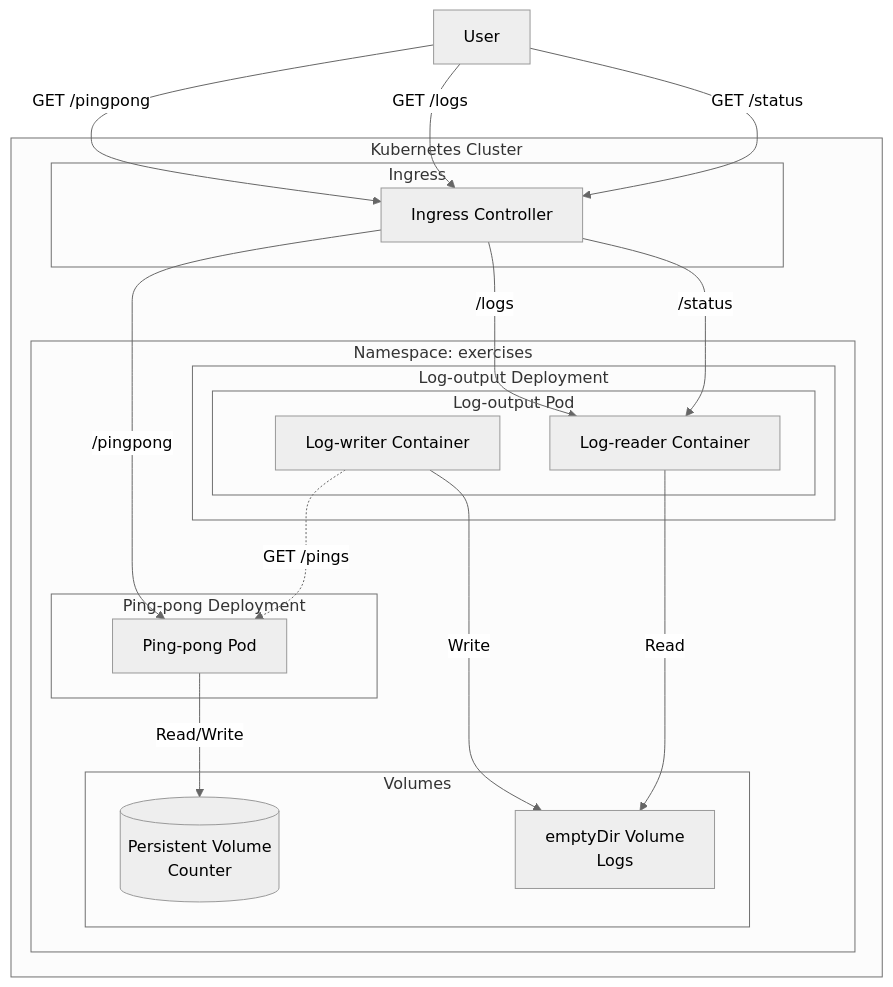
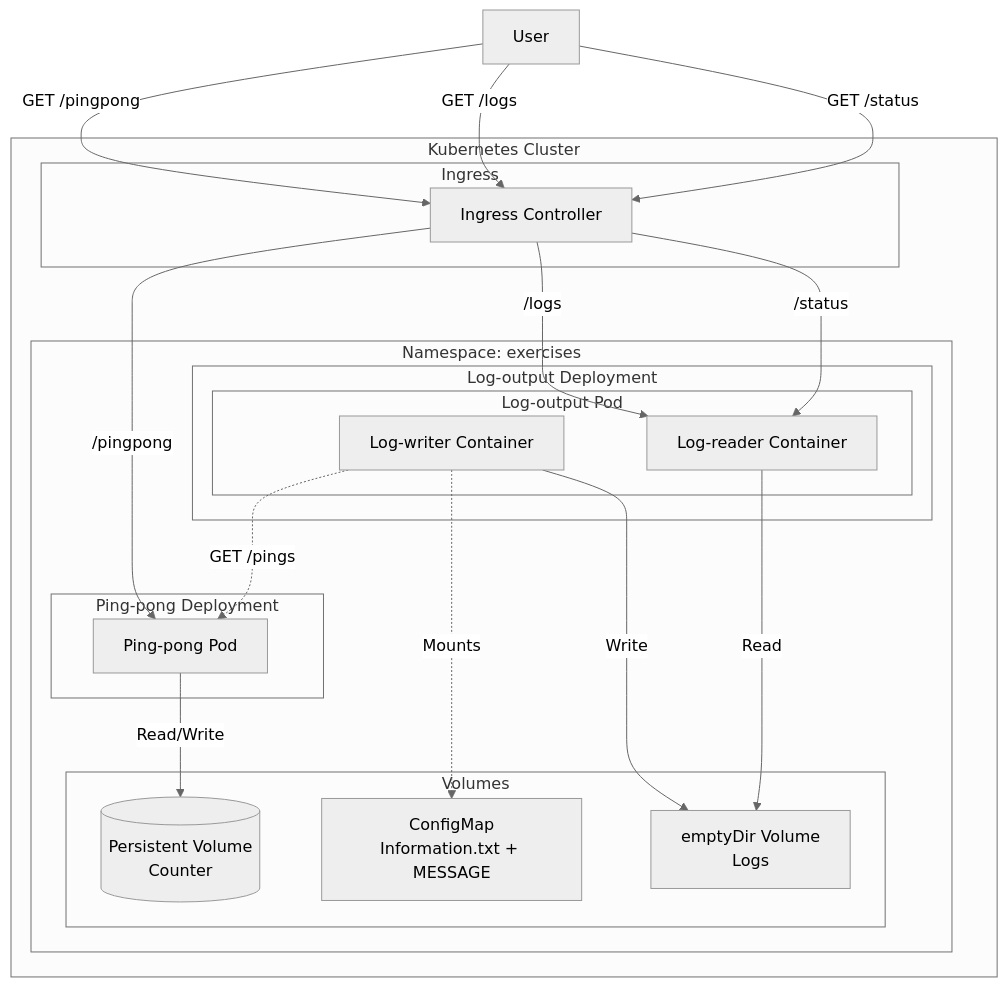
One commit to Yakovyakov/KubernetsSubmissions changed the diagram in log_output/README.md. Above: the diagram before and after it, drawn with Mermaid (neutral theme). The commit also changed other lines of this file and 11 other files, not shown here.

````diff
--- a/log_output/README.md
+++ b/log_output/README.md
@@ -134,43 +148,45 @@
   ```mermaid
   graph TD
   subgraph Kubernetes Cluster
     subgraph Ingress
       I[Ingress Controller]
     end
     subgraph "Namespace: exercises"
       subgraph Ping-pong Deployment
         PP[Ping-pong Pod]
       end
       
       subgraph Log-output Deployment
         LO[Log-output Pod]
         subgraph LO[Log-output Pod]
           LW[Log-writer Container]
           LR[Log-reader Container]
         end
       end
       
       subgraph Volumes
         PV[(Persistent Volume<br>Counter)]
+        CM[ConfigMap<br>Information.txt + MESSAGE]
         LV[emptyDir Volume<br>Logs]
       end
     end
   end
 
   User[User] -->|GET /pingpong| I
   User -->|GET /logs| I
   User -->|GET /status| I
 
   I -->|/pingpong| PP
   I -->|/logs| LR
   I -->|/status| LR
   LW -.->|GET /pings| PP
+  LW -.->|Mounts| CM
   PP -->|Read/Write| PV
   LW -->|Write| LV
   LR -->|Read| LV
 
   class PP,LO pod;
   class LW,LR container;
   class PV,LV storage;
   class I ingress;
   ```
````
